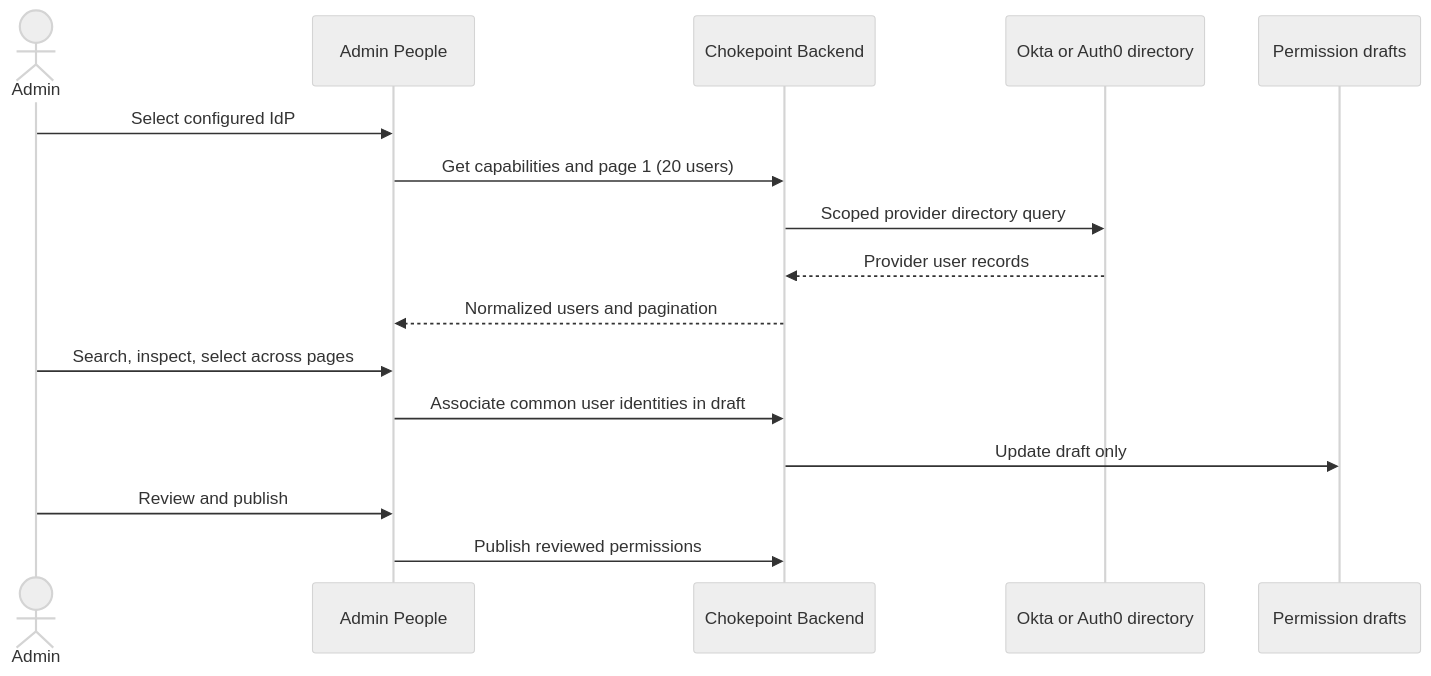
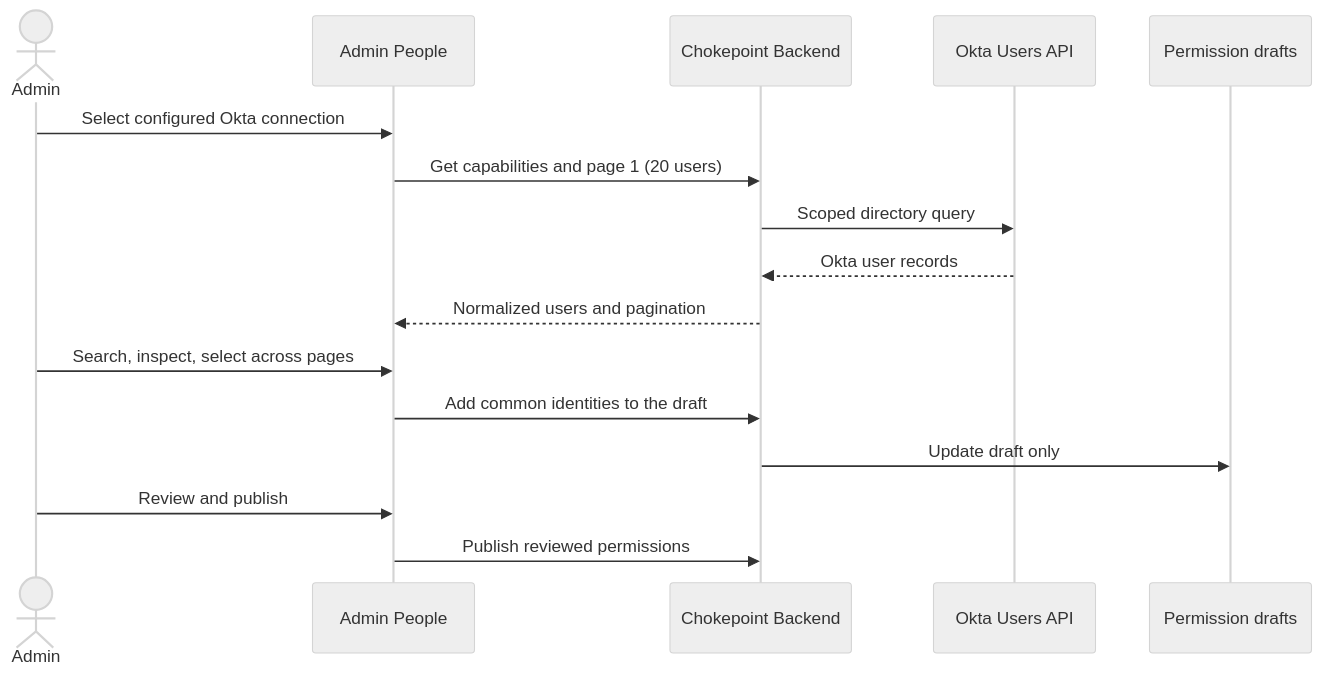
One commit to fagnermourafeitosa/chokepoint-admin changed the second of 2 diagrams in specs/013-2026-10-28-okta-auth0-people-selection-and-provider-configuration.md. Above: the diagram before and after it, drawn with Mermaid (neutral theme). The commit also changed other lines of this file and 2 other files, not shown here.

````diff
--- a/specs/013-2026-10-28-okta-auth0-people-selection-and-provider-configuration.md
+++ b/specs/013-2026-10-28-okta-auth0-people-selection-and-provider-configuration.md
@@ -100,18 +77,18 @@
 ```mermaid
 sequenceDiagram
   actor Admin
   participant UI as Admin People
   participant API as Chokepoint Backend
-  participant IdP as Okta or Auth0 directory
+  participant IdP as Okta Users API
   participant PAP as Permission drafts
-  Admin->>UI: Select configured IdP
+  Admin->>UI: Select configured Okta connection
   UI->>API: Get capabilities and page 1 (20 users)
-  API->>IdP: Scoped provider directory query
-  IdP-->>API: Provider user records
+  API->>IdP: Scoped directory query
+  IdP-->>API: Okta user records
   API-->>UI: Normalized users and pagination
   Admin->>UI: Search, inspect, select across pages
-  UI->>API: Associate common user identities in draft
+  UI->>API: Add common identities to the draft
   API->>PAP: Update draft only
   Admin->>UI: Review and publish
   UI->>API: Publish reviewed permissions
 ```
````
